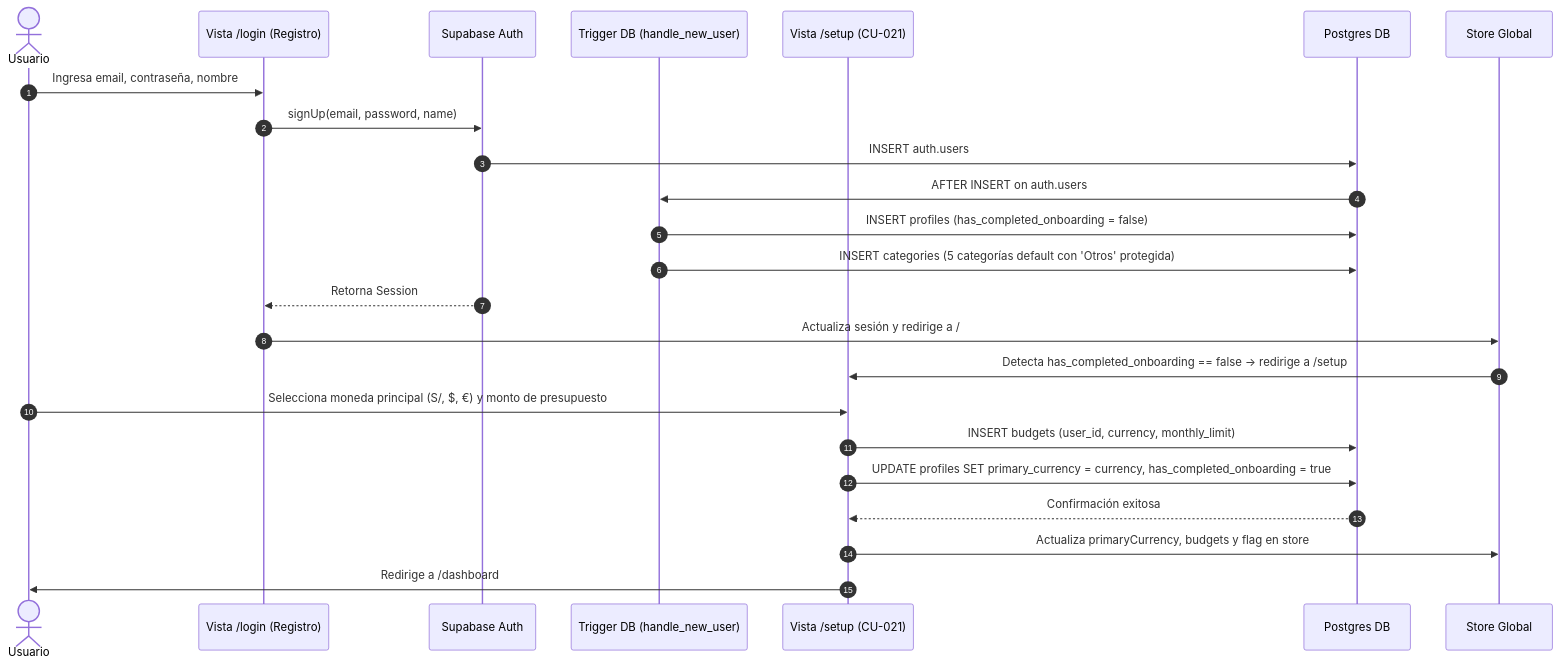
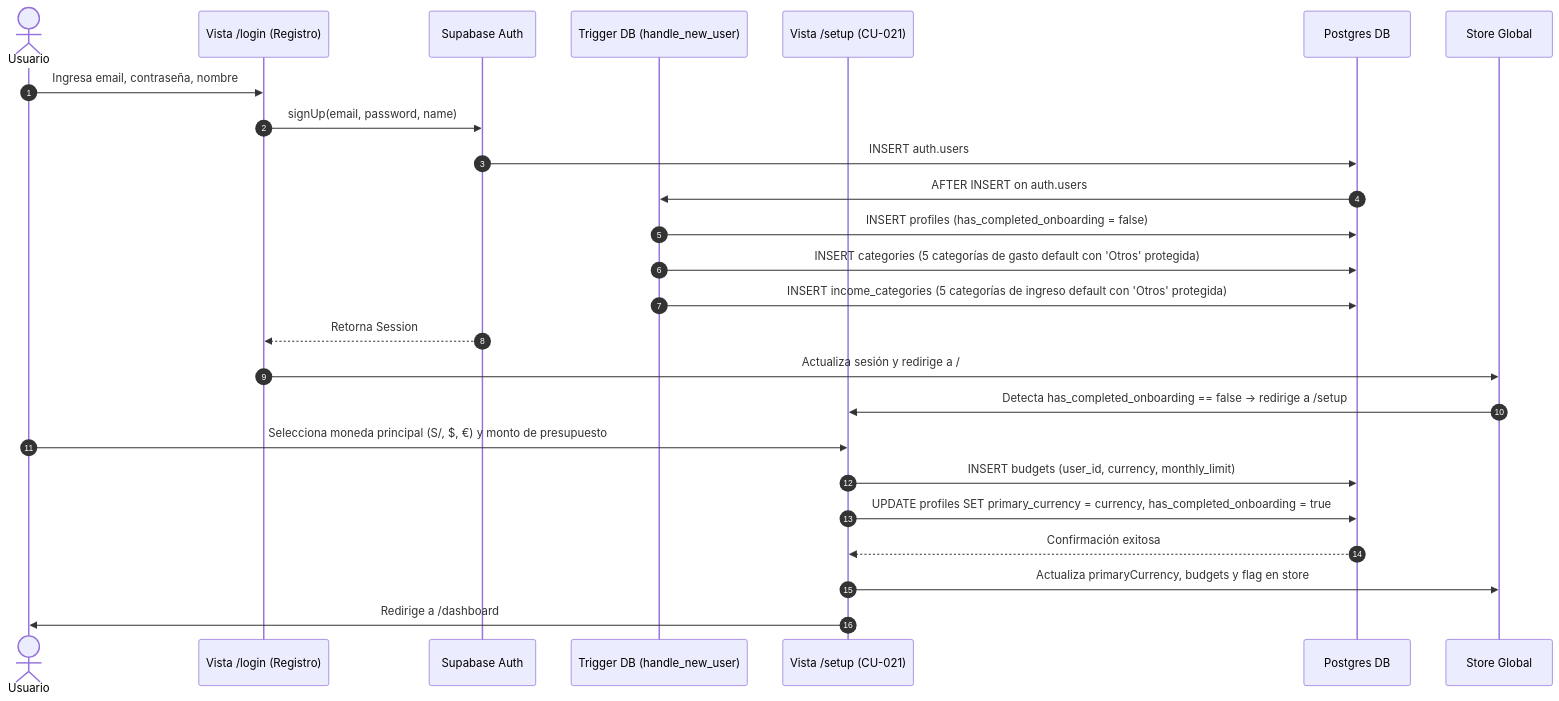
Before and after one commit to Petzega/paltazo-web-app: the third of 9 diagrams in docs/architecture/ARCHITECTURE_SPEC.md, drawn with Mermaid. The commit also changed other lines of this file and 34 other files, not shown here.

````diff
--- a/docs/architecture/ARCHITECTURE_SPEC.md
+++ b/docs/architecture/ARCHITECTURE_SPEC.md
@@ -128,27 +156,28 @@
 ```mermaid
 sequenceDiagram
     autonumber
     actor U as Usuario
     participant V as Vista /login (Registro)
     participant S as Supabase Auth
     participant T as Trigger DB (handle_new_user)
     participant O as Vista /setup (CU-021)
     participant DB as Postgres DB
     participant St as Store Global
 
     U->>V: Ingresa email, contraseña, nombre
     V->>S: signUp(email, password, name)
     S->>DB: INSERT auth.users
     DB->>T: AFTER INSERT on auth.users
     T->>DB: INSERT profiles (has_completed_onboarding = false)
-    T->>DB: INSERT categories (5 categorías default con 'Otros' protegida)
+    T->>DB: INSERT categories (5 categorías de gasto default con 'Otros' protegida)
+    T->>DB: INSERT income_categories (5 categorías de ingreso default con 'Otros' protegida)
     S-->>V: Retorna Session
     V->>St: Actualiza sesión y redirige a /
     St->>O: Detecta has_completed_onboarding == false -> redirige a /setup
     U->>O: Selecciona moneda principal (S/, $, €) y monto de presupuesto
     O->>DB: INSERT budgets (user_id, currency, monthly_limit)
     O->>DB: UPDATE profiles SET primary_currency = currency, has_completed_onboarding = true
     DB-->>O: Confirmación exitosa
     O->>St: Actualiza primaryCurrency, budgets y flag en store
     O->>U: Redirige a /dashboard
 ```
````
